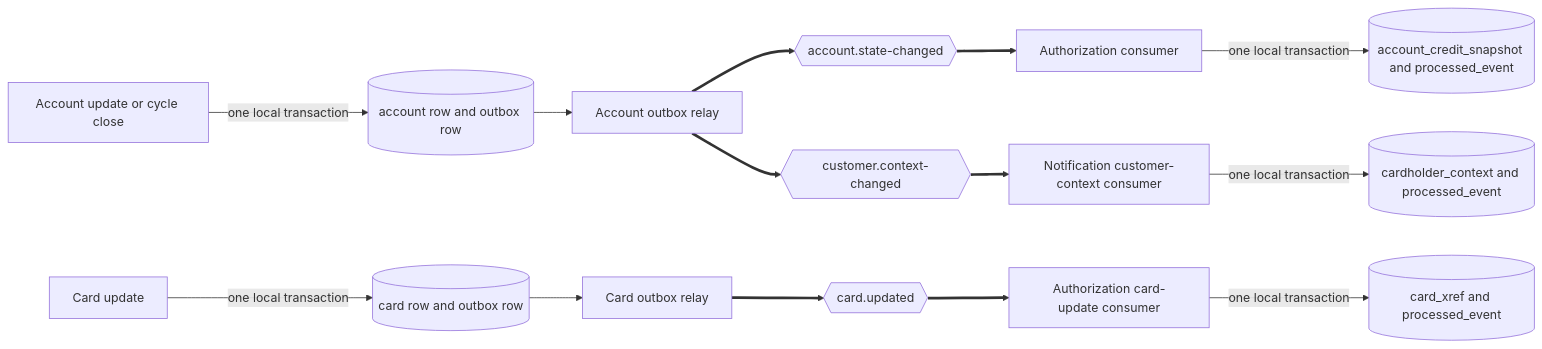
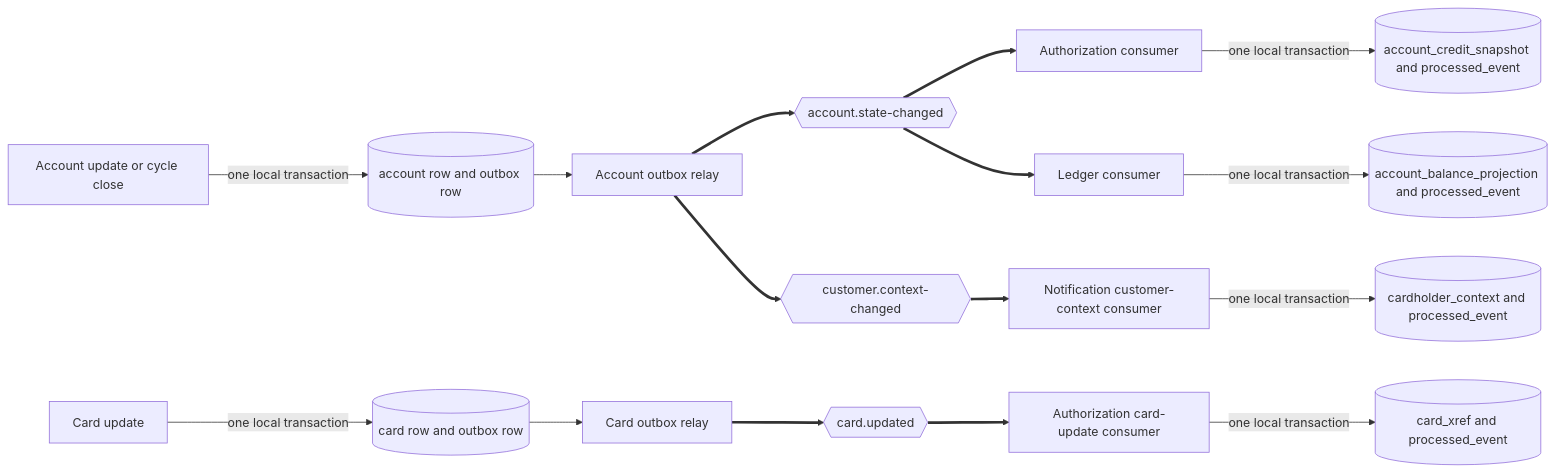
Before and after one commit to blitzy-public-samples/aws-carddemo-blitzy: the second of 3 diagrams in card-platform/docs/event-flow.md, drawn with Mermaid. The commit also changed other lines of this file and 163 other files, not shown here.

````diff
--- a/card-platform/docs/event-flow.md
+++ b/card-platform/docs/event-flow.md
@@ -208,34 +220,38 @@
 ```mermaid
 graph LR
     AAPI["Account update or cycle close"]
     ADB[("account row and outbox row")]
     ARELAY["Account outbox relay"]
     ATOPIC{{"account.state-changed"}}
     ACON["Authorization consumer"]
     PROJ[("account_credit_snapshot and processed_event")]
+    LCON["Ledger consumer"]
+    LPROJ[("account_balance_projection and processed_event")]
     CTXTOPIC{{"customer.context-changed"}}
     NCON["Notification customer-context consumer"]
     NCTX[("cardholder_context and processed_event")]
 
     CAPI["Card update"]
     CDB[("card row and outbox row")]
     CRELAY["Card outbox relay"]
     CTOPIC{{"card.updated"}}
     CCON["Authorization card-update consumer"]
     XREF[("card_xref and processed_event")]
 
     AAPI -->|"one local transaction"| ADB
     ADB --> ARELAY
     ARELAY ==> ATOPIC
     ARELAY ==> CTXTOPIC
     ATOPIC ==> ACON
     ACON -->|"one local transaction"| PROJ
+    ATOPIC ==> LCON
+    LCON -->|"one local transaction"| LPROJ
     CTXTOPIC ==> NCON
     NCON -->|"one local transaction"| NCTX
 
     CAPI -->|"one local transaction"| CDB
     CDB --> CRELAY
     CRELAY ==> CTOPIC
     CTOPIC ==> CCON
     CCON -->|"one local transaction"| XREF
 ```
````
